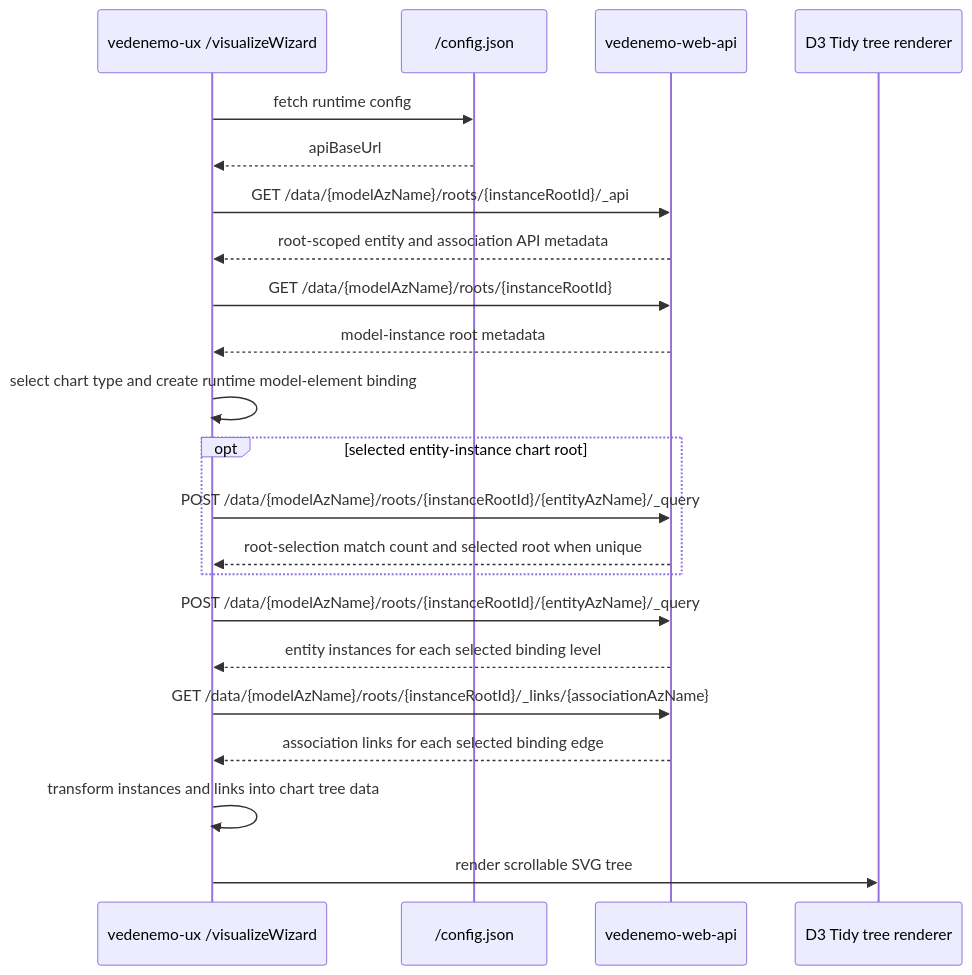
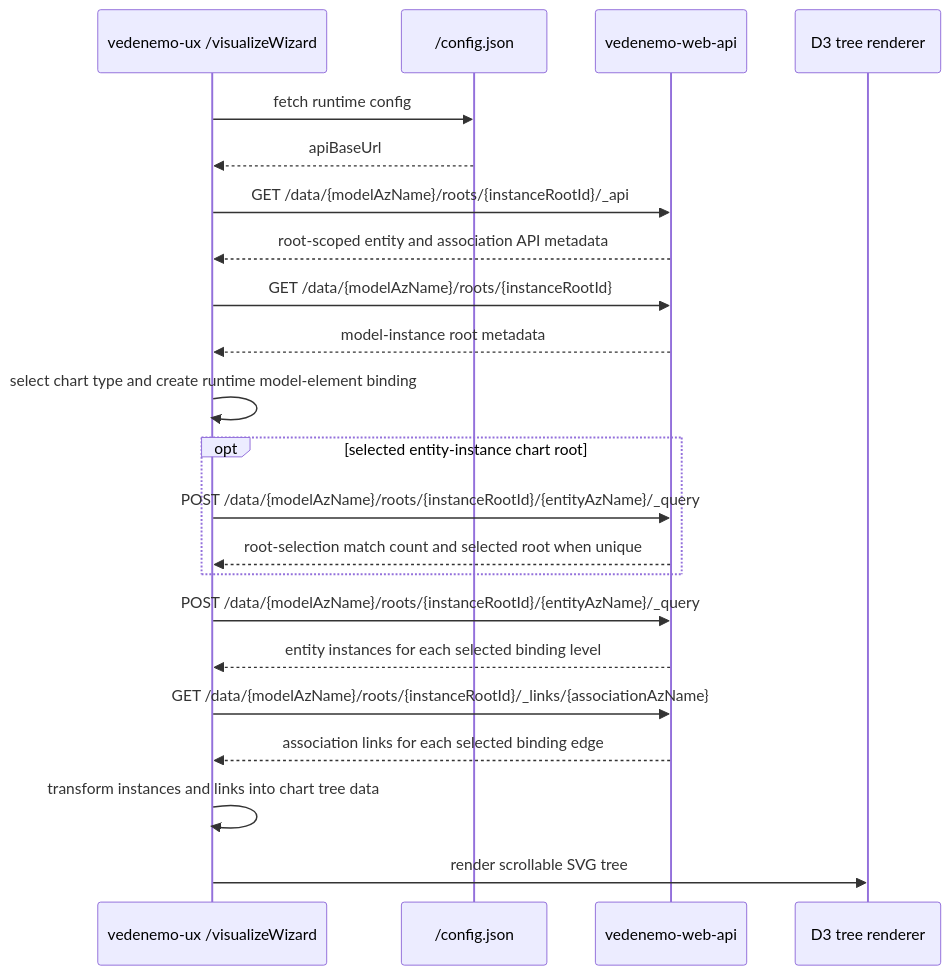
The tenth of 12 diagrams in docs/architecture_doc.md (VedenemoDev/VedenemoMonorepo), drawn with Mermaid before and after one commit. The commit also changed other lines of this file and 6 other files, not shown here.

````diff
--- a/docs/architecture_doc.md
+++ b/docs/architecture_doc.md
@@ -940,25 +941,25 @@
 ```mermaid
 sequenceDiagram
     participant UX as vedenemo-ux /visualizeWizard
     participant Config as /config.json
     participant API as vedenemo-web-api
-    participant D3 as D3 Tidy tree renderer
+    participant D3 as D3 tree renderer
 
     UX->>Config: fetch runtime config
     Config-->>UX: apiBaseUrl
     UX->>API: GET /data/{modelAzName}/roots/{instanceRootId}/_api
     API-->>UX: root-scoped entity and association API metadata
     UX->>API: GET /data/{modelAzName}/roots/{instanceRootId}
     API-->>UX: model-instance root metadata
     UX->>UX: select chart type and create runtime model-element binding
     opt selected entity-instance chart root
         UX->>API: POST /data/{modelAzName}/roots/{instanceRootId}/{entityAzName}/_query
         API-->>UX: root-selection match count and selected root when unique
     end
     UX->>API: POST /data/{modelAzName}/roots/{instanceRootId}/{entityAzName}/_query
     API-->>UX: entity instances for each selected binding level
     UX->>API: GET /data/{modelAzName}/roots/{instanceRootId}/_links/{associationAzName}
     API-->>UX: association links for each selected binding edge
     UX->>UX: transform instances and links into chart tree data
     UX->>D3: render scrollable SVG tree
 ```
````
